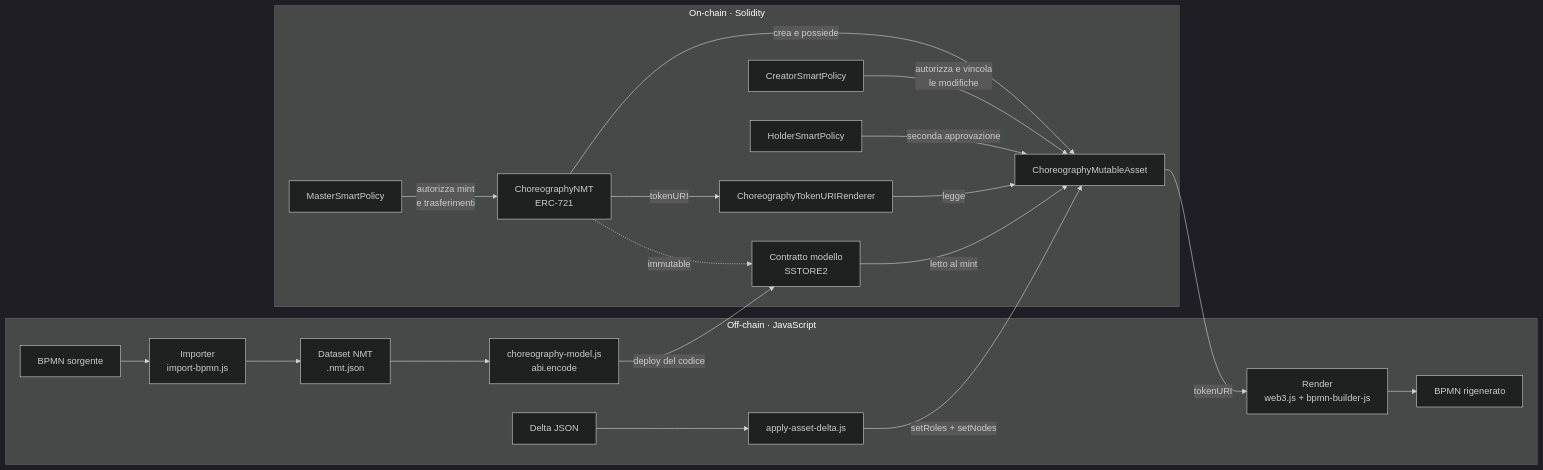
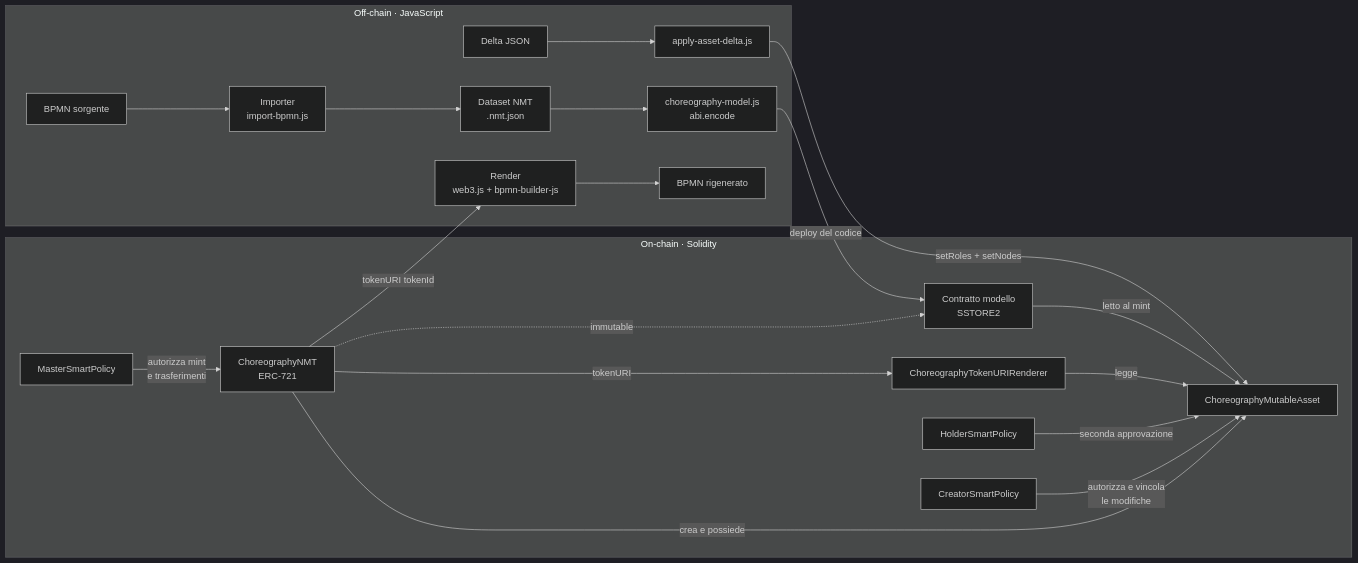
The first of 3 diagrams in docs/architettura.md (d0na/ChorNMT), drawn with Mermaid (dark theme) before and after one commit. The commit also changed other lines of this file and 94 other files, not shown here.

````diff
--- a/docs/architettura.md
+++ b/docs/architettura.md
@@ -11,23 +11,23 @@
 ```mermaid
 flowchart LR
   subgraph offchain[Off-chain · JavaScript]
     B[BPMN sorgente] --> I[Importer<br/>import-bpmn.js]
     I --> D[Dataset NMT<br/>.nmt.json]
     D --> M[choreography-model.js<br/>abi.encode]
     DL[Delta JSON] --> A[apply-asset-delta.js]
     R[Render<br/>web3.js + bpmn-builder-js] --> X[BPMN rigenerato]
   end
   subgraph onchain[On-chain · Solidity]
     NMT[ChoreographyNMT<br/>ERC-721] -->|crea e possiede| CMA[ChoreographyMutableAsset]
     MP[MasterSmartPolicy] -->|autorizza mint<br/>e trasferimenti| NMT
     CP[CreatorSmartPolicy] -->|autorizza e vincola<br/>le modifiche| CMA
     HP[HolderSmartPolicy] -->|seconda approvazione| CMA
     TR[ChoreographyTokenURIRenderer] -->|legge| CMA
     NMT -->|tokenURI| TR
     MC[Contratto modello<br/>SSTORE2] -->|letto al mint| CMA
     NMT -.->|immutable| MC
   end
   M -->|deploy del codice| MC
   A -->|setRoles + setNodes| CMA
-  CMA -->|tokenURI| R
+  NMT -->|tokenURI tokenId| R
 ```
````
